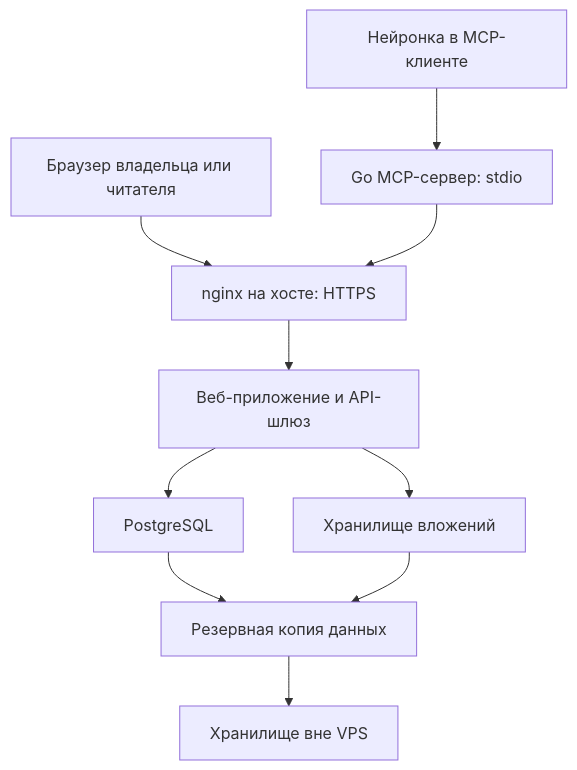
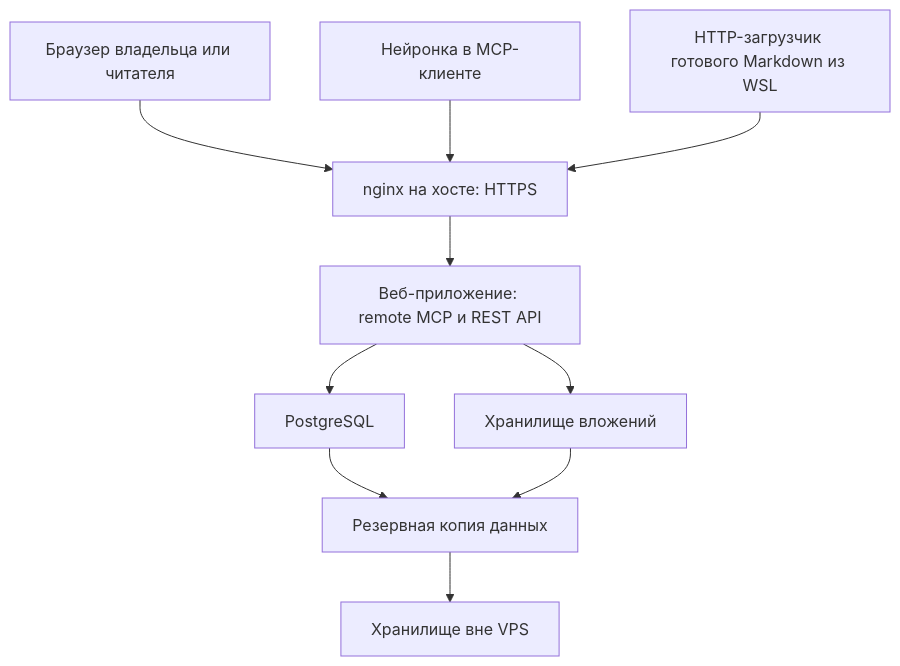
One commit to Awak3r/c0nspect changed the diagram in SPEC.md. Above: the diagram before and after it, drawn with Mermaid. The commit also changed other lines of this file and 12 other files, not shown here.

First line of the commit message:
Move Zed to remote MCP and retire stdio

````diff
--- a/SPEC.md
+++ b/SPEC.md
@@ -331,12 +331,12 @@
 ```mermaid
 flowchart TD
     Browser[Браузер владельца или читателя] --> Proxy[nginx на хосте: HTTPS]
-    AI[Нейронка в MCP-клиенте] --> MCP[Go MCP-сервер: stdio]
-    MCP --> Proxy
-    Proxy --> App[Веб-приложение и API-шлюз]
+    AI[Нейронка в MCP-клиенте] --> Proxy
+    Upload[HTTP-загрузчик готового Markdown из WSL] --> Proxy
+    Proxy --> App[Веб-приложение: remote MCP и REST API]
     App --> DB[PostgreSQL]
     App --> Files[Хранилище вложений]
     DB --> Backup[Резервная копия данных]
     Files --> Backup
     Backup --> External[Хранилище вне VPS]
 ```
````
